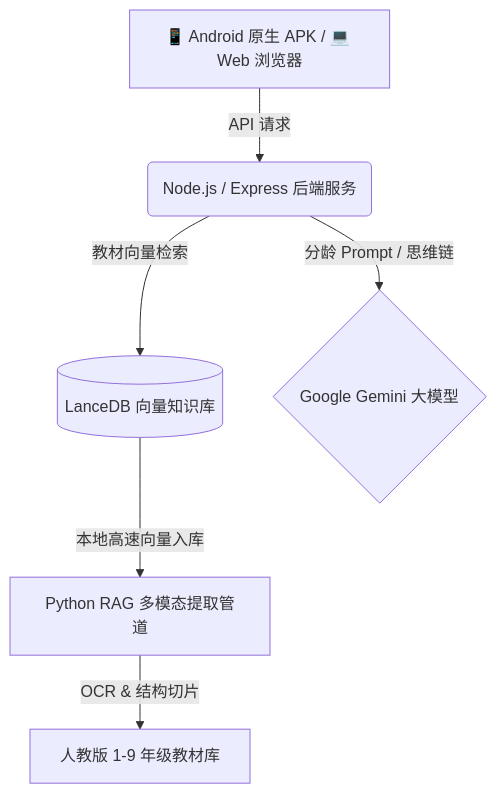
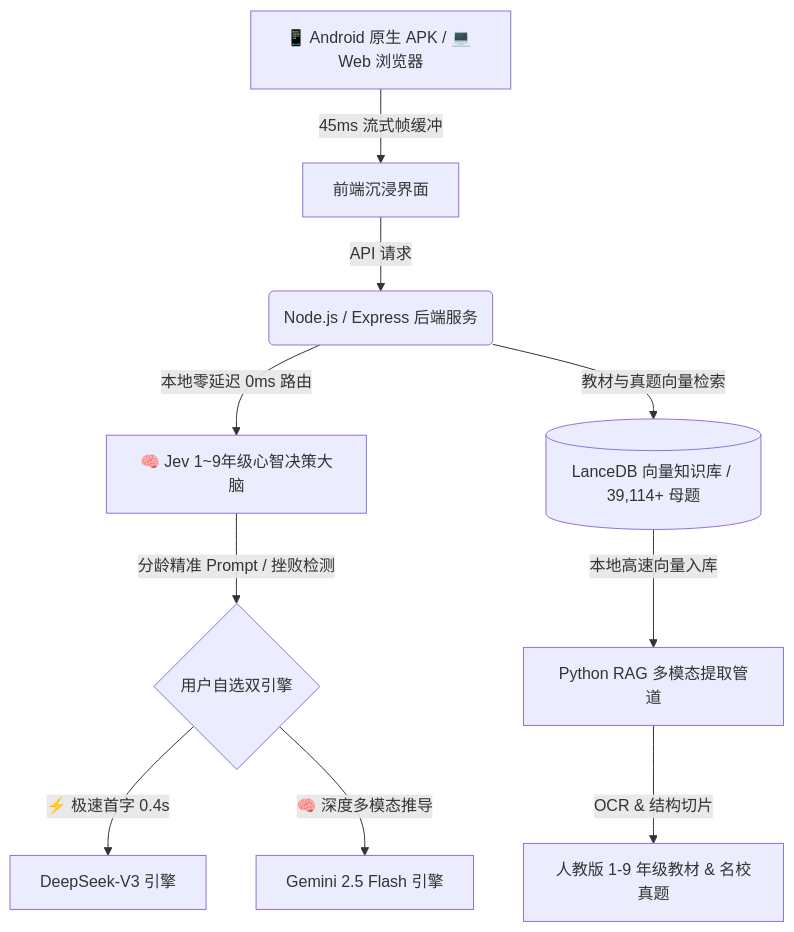
One commit to Zenglian990/AI_Tutor_Release changed the diagram in README.md. Above: the diagram before and after it, drawn with Mermaid. The commit also changed other lines of this file and 1 other file, not shown here.

Commit message:
docs: update README.md and README_en.md for v1.3.7 dual-engine and Jev release

````diff
--- a/README.md
+++ b/README.md
@@ -125,8 +139,12 @@
 ```mermaid
 graph TD
-    UserApp[📱 Android 原生 APK / 💻 Web 浏览器] -->|API 请求| Server(Node.js / Express 后端服务)
-    Server -->|教材向量检索| LanceDB[(LanceDB 向量知识库)]
-    Server -->|分龄 Prompt / 思维链| Gemini{Google Gemini 大模型}
+    UserApp[📱 Android 原生 APK / 💻 Web 浏览器] -->|45ms 流式帧缓冲| ClientUI[前端沉浸界面]
+    ClientUI -->|API 请求| Server(Node.js / Express 后端服务)
+    Server -->|本地零延迟 0ms 路由| JevEngine[🧠 Jev 1~9年级心智决策大脑]
+    JevEngine -->|分龄精准 Prompt / 挫败检测| ModelRouter{用户自选双引擎}
+    ModelRouter -->|⚡ 极速首字 0.4s| DeepSeek[DeepSeek-V3 引擎]
+    ModelRouter -->|🧠 深度多模态推导| Gemini[Gemini 2.5 Flash 引擎]
+    Server -->|教材与真题向量检索| LanceDB[(LanceDB 向量知识库 / 39,114+ 母题)]
     LanceDB -->|本地高速向量入库| PythonRAG[Python RAG 多模态提取管道]
-    PythonRAG -->|OCR & 结构切片| Textbooks[人教版 1-9 年级教材库]
+    PythonRAG -->|OCR & 结构切片| Textbooks[人教版 1-9 年级教材 & 名校真题]
 ```
````
